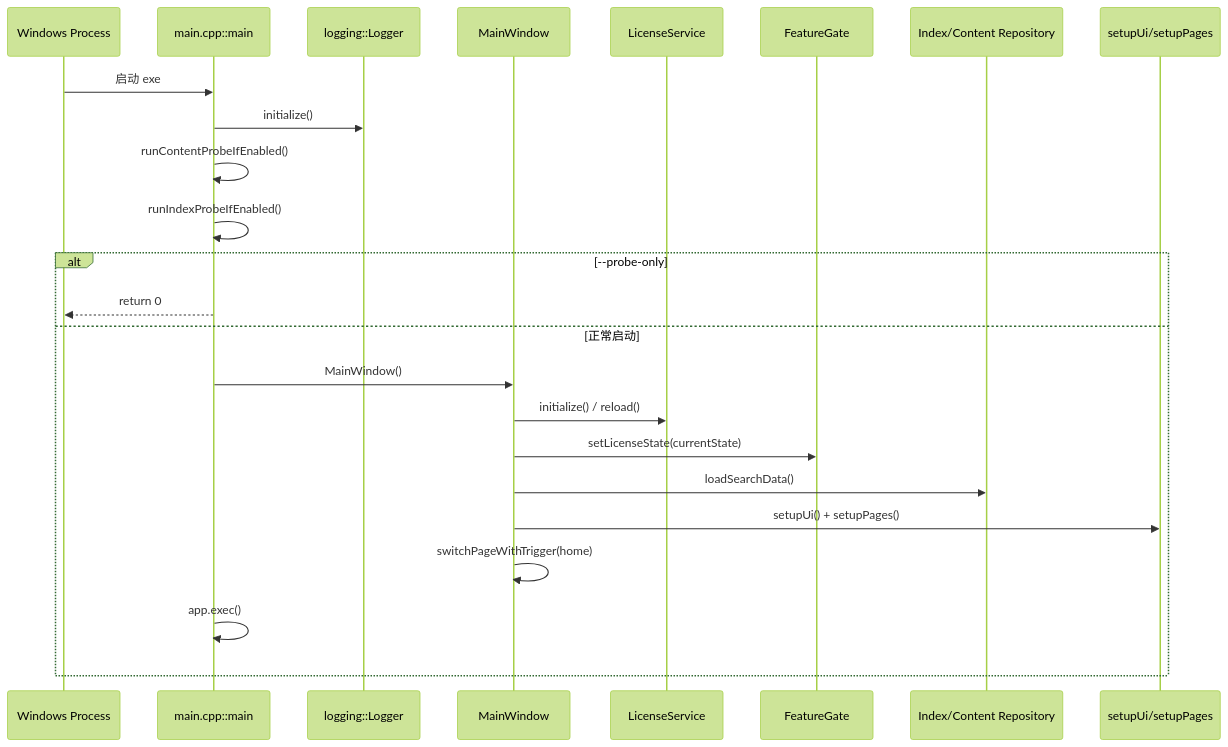
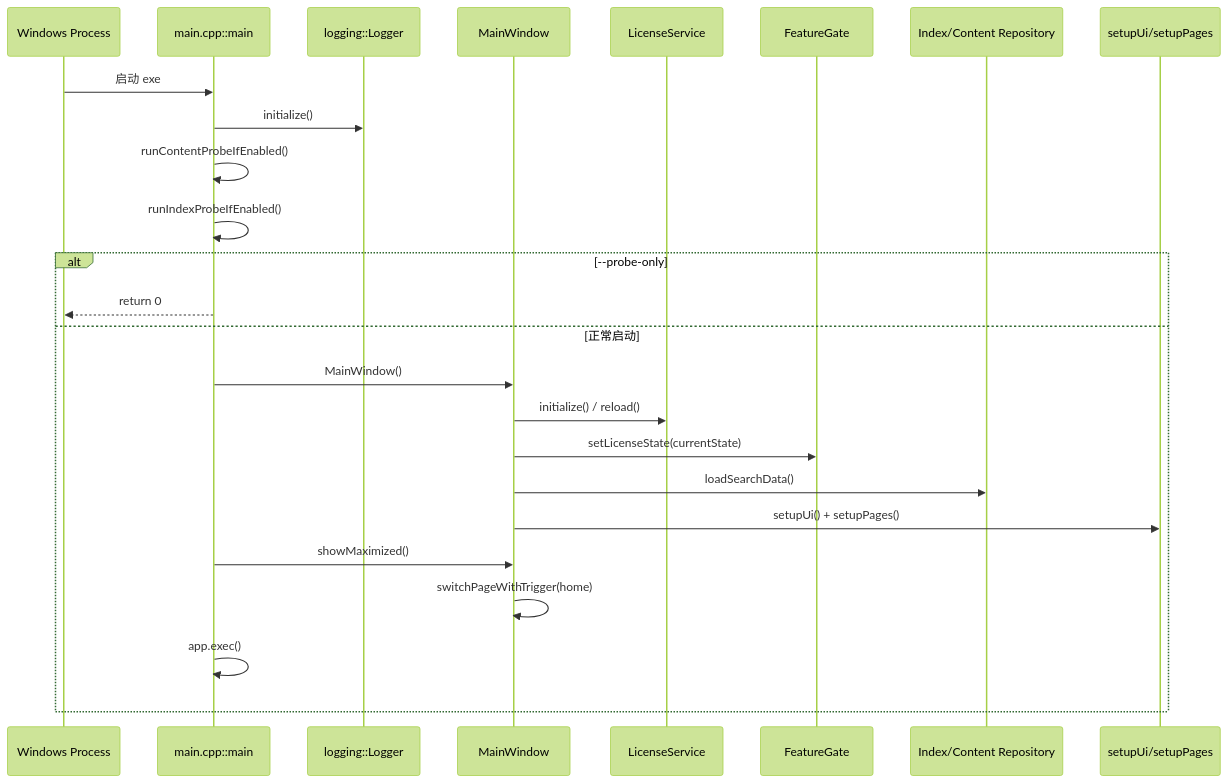
Before and after one commit to yfchenggithub/math_search_win: the first of 9 diagrams in docs/runtime_flow.md, drawn with Mermaid (forest theme). The commit also changed other lines of this file and 13 other files, not shown here.

````diff
--- a/docs/runtime_flow.md
+++ b/docs/runtime_flow.md
@@ -13,27 +14,28 @@
 ```mermaid
 sequenceDiagram
   participant OS as Windows Process
   participant Main as main.cpp::main
   participant Logger as logging::Logger
   participant MW as MainWindow
   participant Lic as LicenseService
   participant FG as FeatureGate
   participant Data as Index/Content Repository
   participant UI as setupUi/setupPages
 
   OS->>Main: 启动 exe
   Main->>Logger: initialize()
   Main->>Main: runContentProbeIfEnabled()
   Main->>Main: runIndexProbeIfEnabled()
   alt --probe-only
     Main-->>OS: return 0
   else 正常启动
     Main->>MW: MainWindow()
     MW->>Lic: initialize() / reload()
     MW->>FG: setLicenseState(currentState)
     MW->>Data: loadSearchData()
     MW->>UI: setupUi() + setupPages()
+    Main->>MW: showMaximized()
     MW->>MW: switchPageWithTrigger(home)
     Main->>Main: app.exec()
   end
 ```
````
